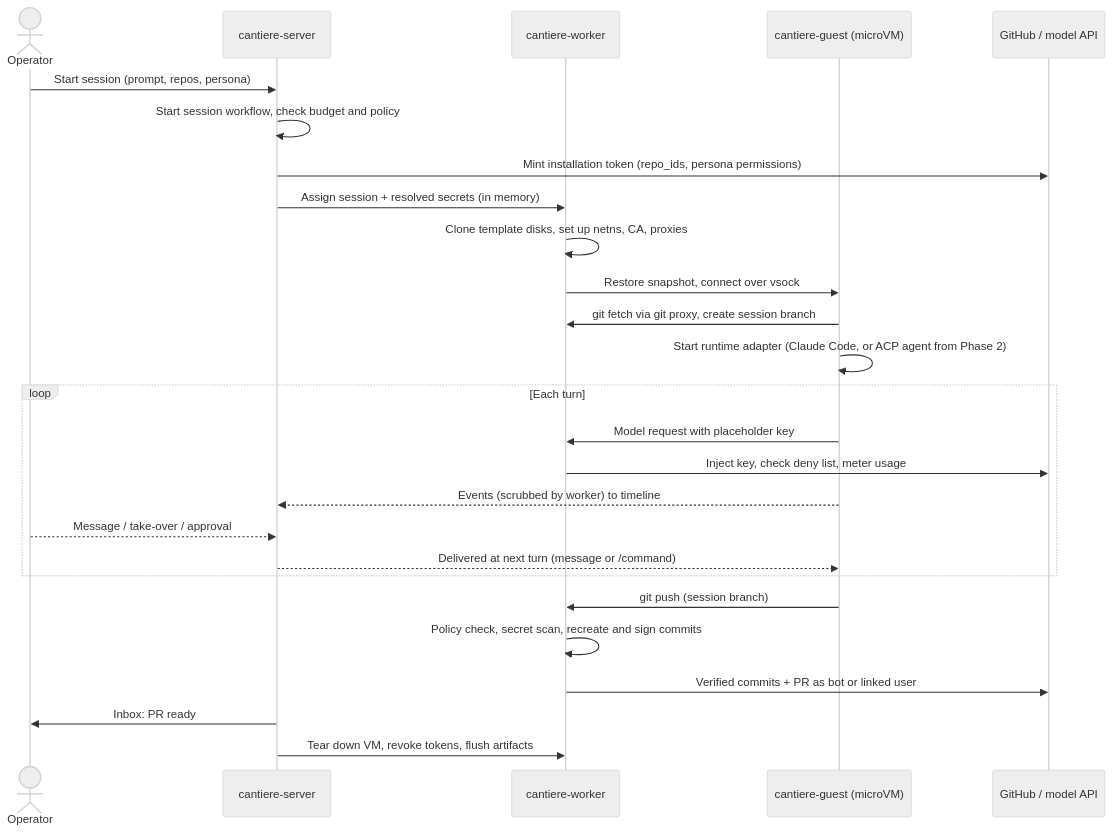
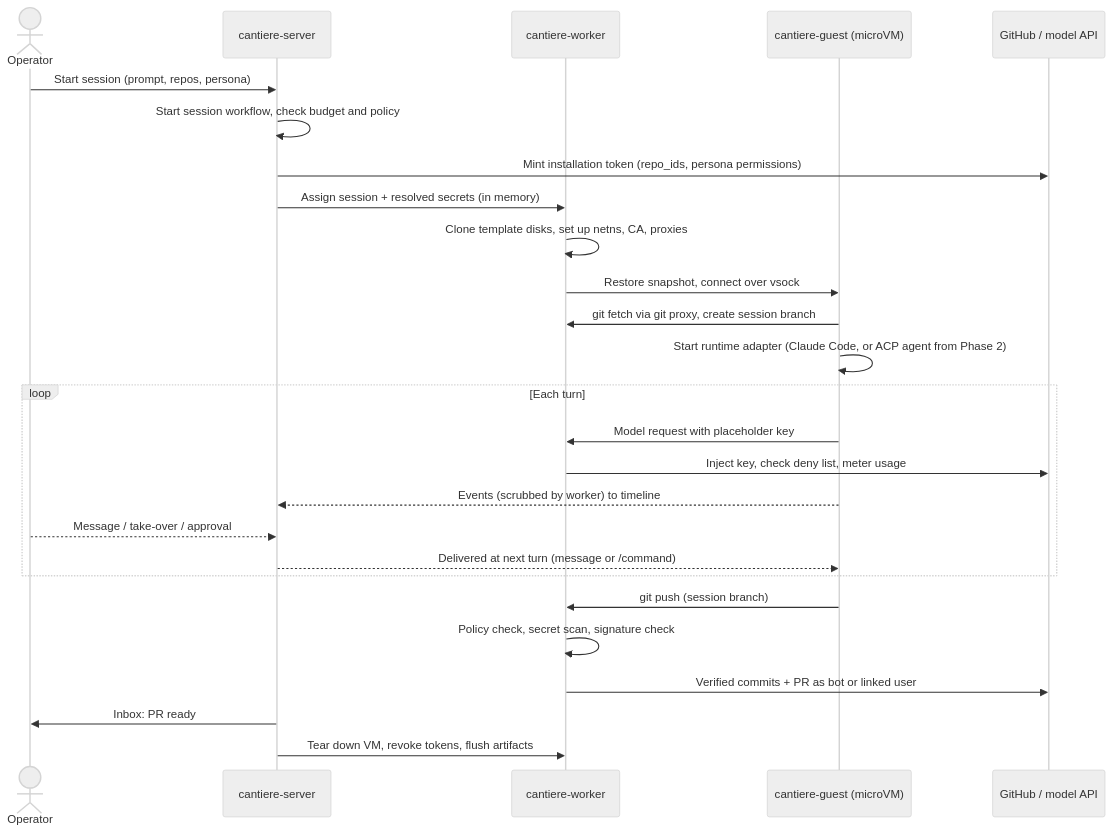
Before and after one commit to noahwhite/cantiere: the second of 2 diagrams in docs/architecture.md, drawn with Mermaid (neutral theme). The commit also changed other lines of this file and 8 other files, not shown here.

First line of the commit message:
ADR-0012: sign commits in the guest through a forwarded SSH agent

````diff
--- a/docs/architecture.md
+++ b/docs/architecture.md
@@ -91,29 +91,29 @@
 ```mermaid
 sequenceDiagram
     actor U as Operator
     participant S as cantiere-server
     participant W as cantiere-worker
     participant G as cantiere-guest (microVM)
     participant X as GitHub / model API
 
     U->>S: Start session (prompt, repos, persona)
     S->>S: Start session workflow, check budget and policy
     S->>X: Mint installation token (repo_ids, persona permissions)
     S->>W: Assign session + resolved secrets (in memory)
     W->>W: Clone template disks, set up netns, CA, proxies
     W->>G: Restore snapshot, connect over vsock
     G->>W: git fetch via git proxy, create session branch
     G->>G: Start runtime adapter (Claude Code, or ACP agent from Phase 2)
     loop Each turn
         G->>W: Model request with placeholder key
         W->>X: Inject key, check deny list, meter usage
         G-->>S: Events (scrubbed by worker) to timeline
         U-->>S: Message / take-over / approval
         S-->>G: Delivered at next turn (message or /command)
     end
     G->>W: git push (session branch)
-    W->>W: Policy check, secret scan, recreate and sign commits
+    W->>W: Policy check, secret scan, signature check
     W->>X: Verified commits + PR as bot or linked user
     S->>U: Inbox: PR ready
     S->>W: Tear down VM, revoke tokens, flush artifacts
 ```
````
